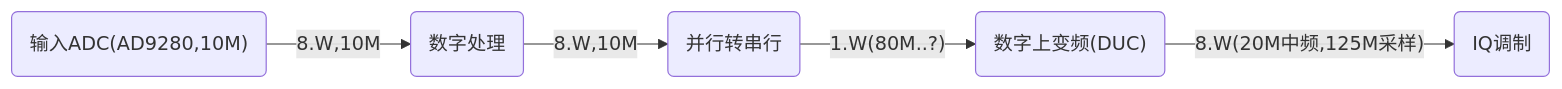
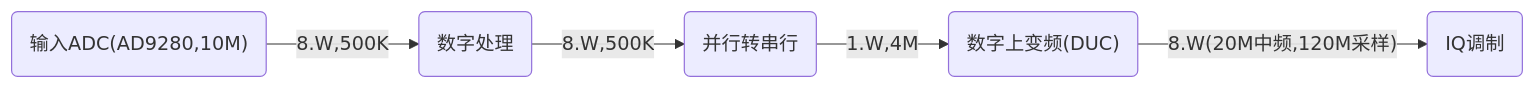
One commit to chiro2001/urllc-demo-pynq changed the first of 2 diagrams in README.md. Above: the diagram before and after it, drawn with Mermaid. The commit also changed other lines of this file and 4 other files, not shown here.

````diff
--- a/README.md
+++ b/README.md
@@ -32,10 +32,10 @@
 ```mermaid
 graph LR
 input_adc("输入ADC(AD9280,10M)")
 data_process("数字处理")
 serial("并行转串行")
 duc("数字上变频(DUC)")
 output_iq("IQ调制")
 
-input_adc --8.W,10M--> data_process --8.W,10M--> serial --"1.W(80M..?)"--> duc --"8.W(20M中频,125M采样)"--> output_iq
+input_adc --8.W,500K--> data_process --8.W,500K--> serial --"1.W,4M"--> duc --"8.W(20M中频,120M采样)"--> output_iq
 ```
````
